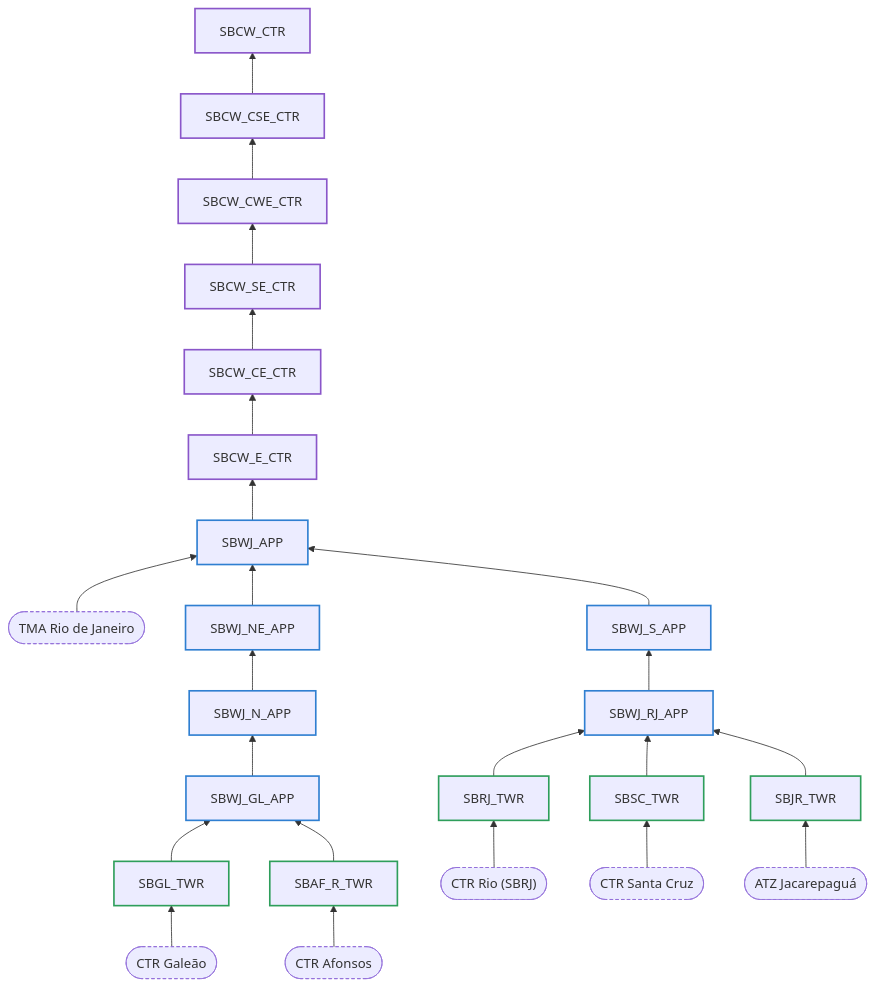
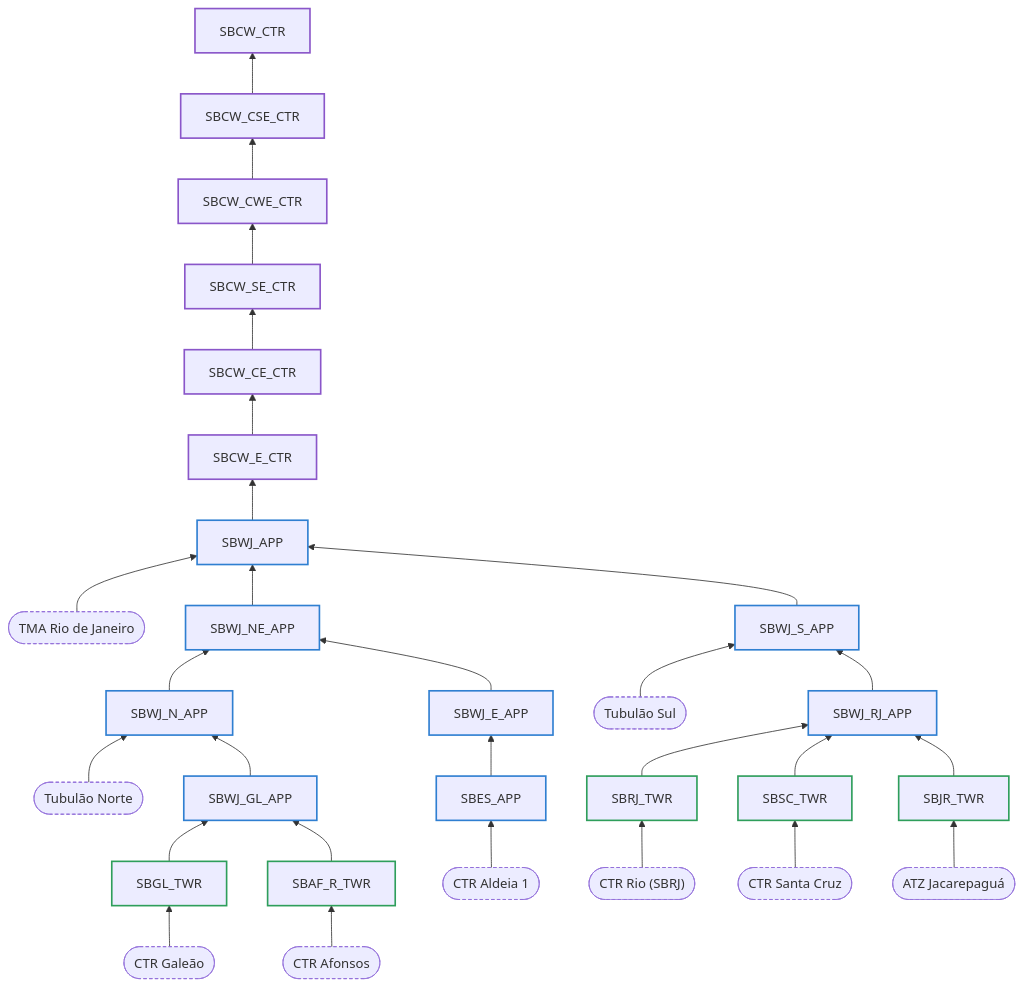
Before and after one commit to vatsim-brasil/atc-docs: the diagram in docs/MOP/terminais/sbcw-curitiba/SBWJ.pt.md, drawn with Mermaid. The commit also changed other lines of this file and 1 other file, not shown here.

First line of the commit message:
docs(terminais): document the Tubulão delegation and Aldeia Control on SBWJ

````diff
--- a/docs/MOP/terminais/sbcw-curitiba/SBWJ.pt.md
+++ b/docs/MOP/terminais/sbcw-curitiba/SBWJ.pt.md
@@ -100,46 +120,53 @@
     ```mermaid
     flowchart BT
         p0["SBCW_CTR"]:::ctr
         p1["SBCW_CSE_CTR"]:::ctr
         p2["SBCW_CWE_CTR"]:::ctr
         p3["SBCW_SE_CTR"]:::ctr
         p4["SBCW_CE_CTR"]:::ctr
         p5["SBCW_E_CTR"]:::ctr
         p6["SBWJ_APP"]:::app
         p7["SBWJ_NE_APP"]:::app
         p8["SBWJ_N_APP"]:::app
         p9["SBWJ_GL_APP"]:::app
         p10["SBGL_TWR"]:::twr
         p11["SBWJ_S_APP"]:::app
         p12["SBWJ_RJ_APP"]:::app
         p13["SBRJ_TWR"]:::twr
         p14["SBSC_TWR"]:::twr
         p15["SBAF_R_TWR"]:::twr
         p16["SBJR_TWR"]:::twr
+        p17["SBWJ_E_APP"]:::app
+        p18["SBES_APP"]:::app
         a0(["TMA Rio de Janeiro"]):::esp --> p6
         a1(["CTR Galeão"]):::esp --> p10
         a2(["CTR Rio (SBRJ)"]):::esp --> p13
         a3(["CTR Santa Cruz"]):::esp --> p14
         a4(["CTR Afonsos"]):::esp --> p15
         a5(["ATZ Jacarepaguá"]):::esp --> p16
+        a6(["CTR Aldeia 1"]):::esp --> p18
+        a7(["Tubulão Norte"]):::esp --> p8
+        a8(["Tubulão Sul"]):::esp --> p11
         p1 --> p0
         p2 --> p1
         p3 --> p2
         p4 --> p3
         p5 --> p4
         p6 --> p5
         p7 --> p6
         p8 --> p7
         p9 --> p8
         p10 --> p9
         p11 --> p6
         p12 --> p11
         p13 --> p12
         p14 --> p12
         p15 --> p9
         p16 --> p12
+        p17 --> p7
+        p18 --> p17
         classDef esp stroke-dasharray:4 3
         classDef twr stroke:#2e9e5b,stroke-width:2px
         classDef app stroke:#2f7fd1,stroke-width:2px
         classDef ctr stroke:#8a56c9,stroke-width:2px
     ```
````
